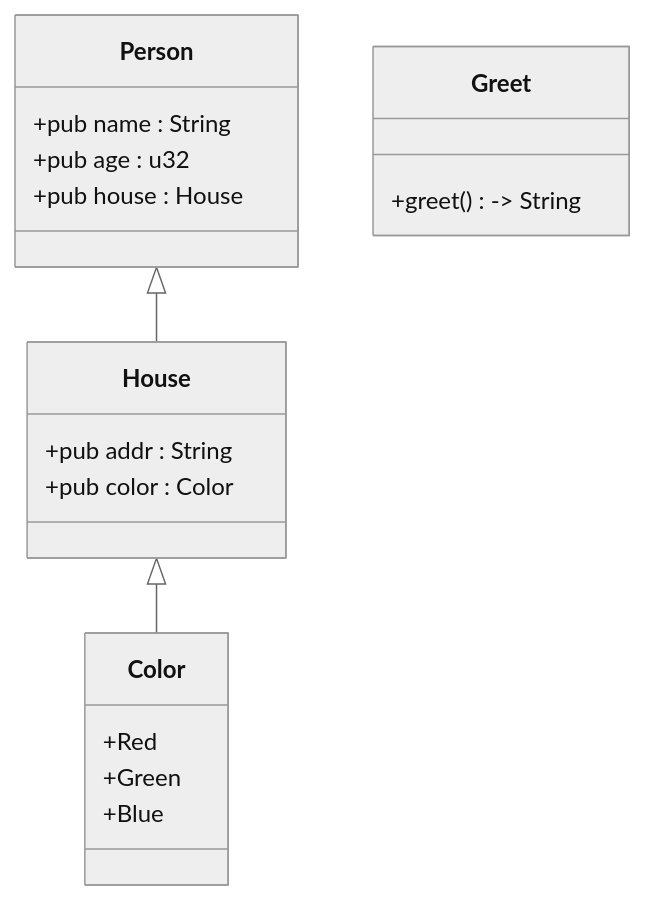
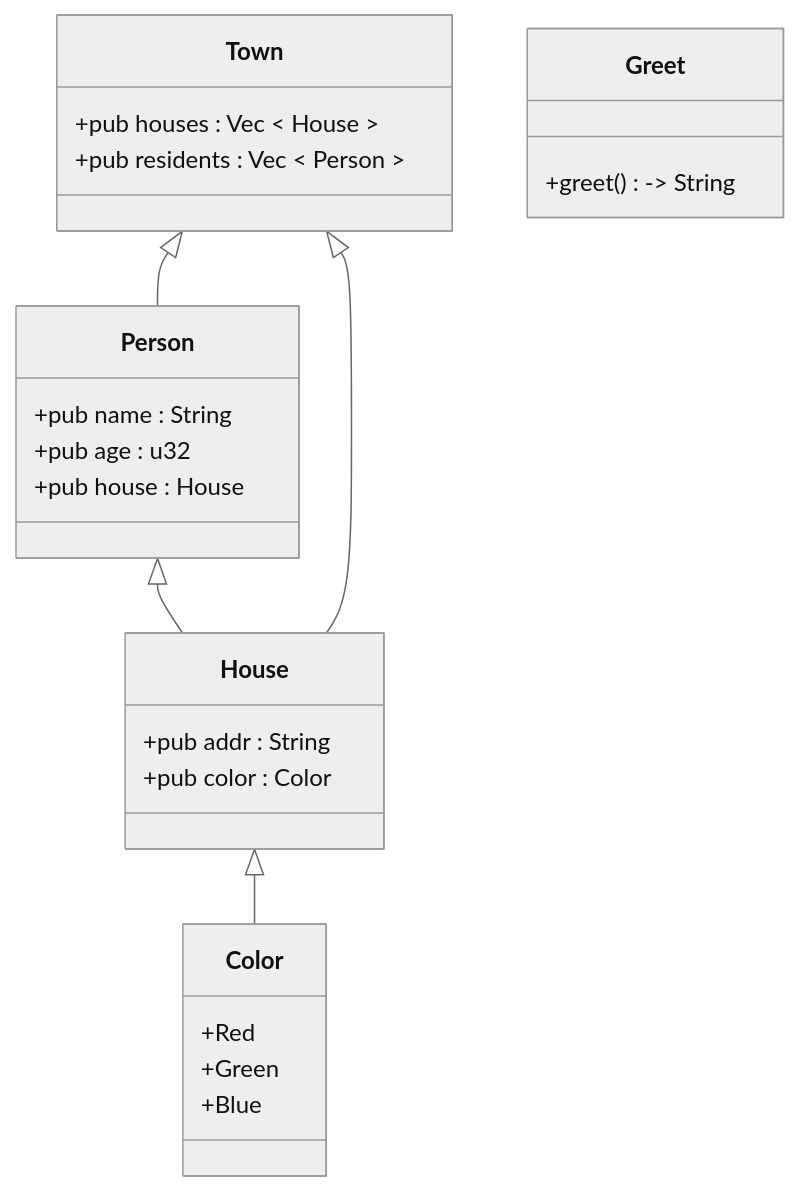
The diagram in diagram.mmd (gusjengis/mermaid-class-diagrams), drawn with Mermaid (neutral theme) before and after one commit. The commit also changed 1 other file, not shown here.

```diff
--- a/diagram.mmd
+++ b/diagram.mmd
@@ -1,26 +1,34 @@
 classDiagram
 
 class Person {
   +pub name : String 
   +pub age : u32 
   +pub house : House 
 }
 
 Person <|-- House
+
+class Town {
+  +pub houses : Vec < House > 
+  +pub residents : Vec < Person > 
+}
+
+Town <|-- House
+Town <|-- Person
 
 class House {
   +pub addr : String 
   +pub color : Color 
 }
 
 House <|-- Color
 
 class Color {
   +Red
   +Green
   +Blue
 }
 
 class Greet {
   +greet() -> String
 }
```
